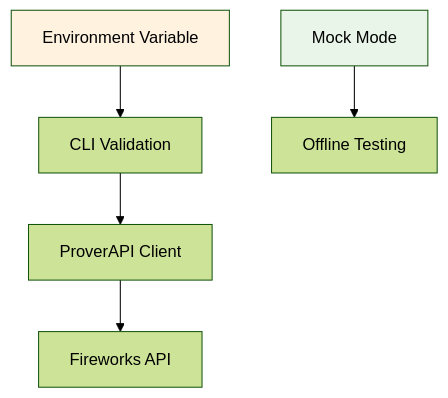
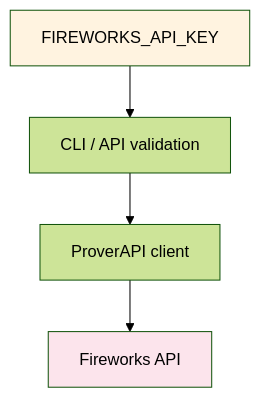
Before and after one commit to fraware/saferl-proof-stack: diagram 13 of 18 in docs/architecture.md, drawn with Mermaid (forest theme). The commit also changed other lines of this file and 574 other files, not shown here.

````diff
--- a/docs/architecture.md
+++ b/docs/architecture.md
@@ -353,11 +353,9 @@
 ```mermaid
 graph TD
-    A[Environment Variable] --> B[CLI Validation]
-    B --> C[ProverAPI Client]
+    A[FIREWORKS_API_KEY] --> B[CLI / API validation]
+    B --> C[ProverAPI client]
     C --> D[Fireworks API]
 
-    E[Mock Mode] --> F[Offline Testing]
-
     style A fill:#fff3e0
-    style E fill:#e8f5e8
+    style D fill:#fce4ec
 ```
````
